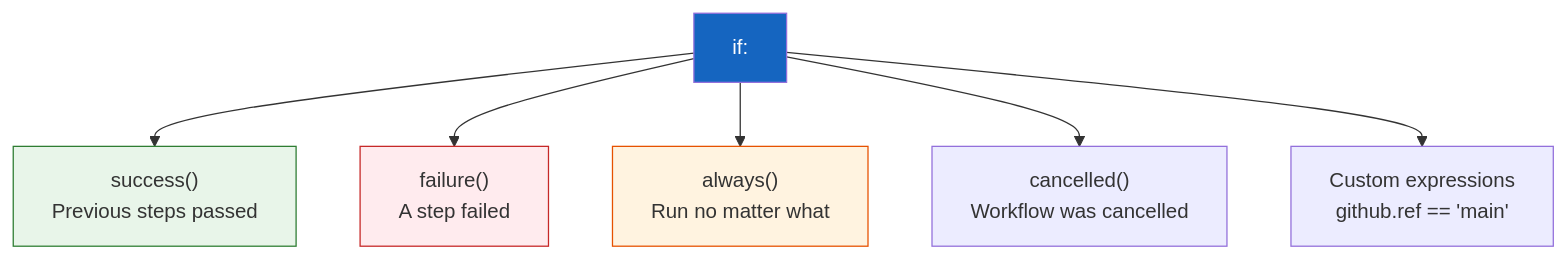
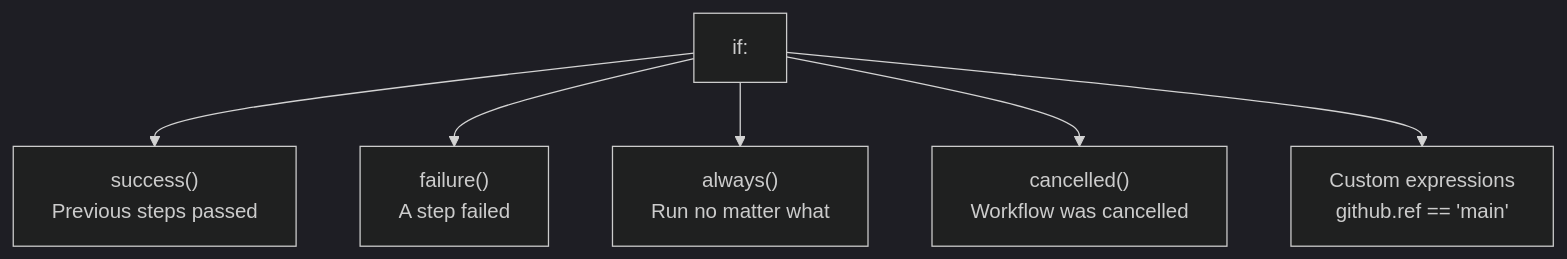
The third of 4 diagrams in 11-matrix-and-conditionals/README.md (vishutyagi0210/github-ci-cd-with-labs), drawn with Mermaid before and after one commit. The commit also changed other lines of this file and 13 other files, not shown here.

Commit message:
fix: switch all mermaid diagrams to dark theme for better readability

````diff
--- a/11-matrix-and-conditionals/README.md
+++ b/11-matrix-and-conditionals/README.md
@@ -160,13 +154,10 @@
 ```mermaid
+%%{init: {"theme": "dark"}}%%
 graph TD
     IF["if:"] --> SUCCESS["success()<br/>Previous steps passed"]
     IF --> FAILURE["failure()<br/>A step failed"]
     IF --> ALWAYS["always()<br/>Run no matter what"]
     IF --> CANCELLED["cancelled()<br/>Workflow was cancelled"]
     IF --> CUSTOM["Custom expressions<br/>github.ref == 'main'"]
 
-    style IF fill:#1565c0,color:#fff
-    style SUCCESS fill:#e8f5e9,stroke:#2e7d32
-    style FAILURE fill:#ffebee,stroke:#c62828
-    style ALWAYS fill:#fff3e0,stroke:#e65100
 ```
````
